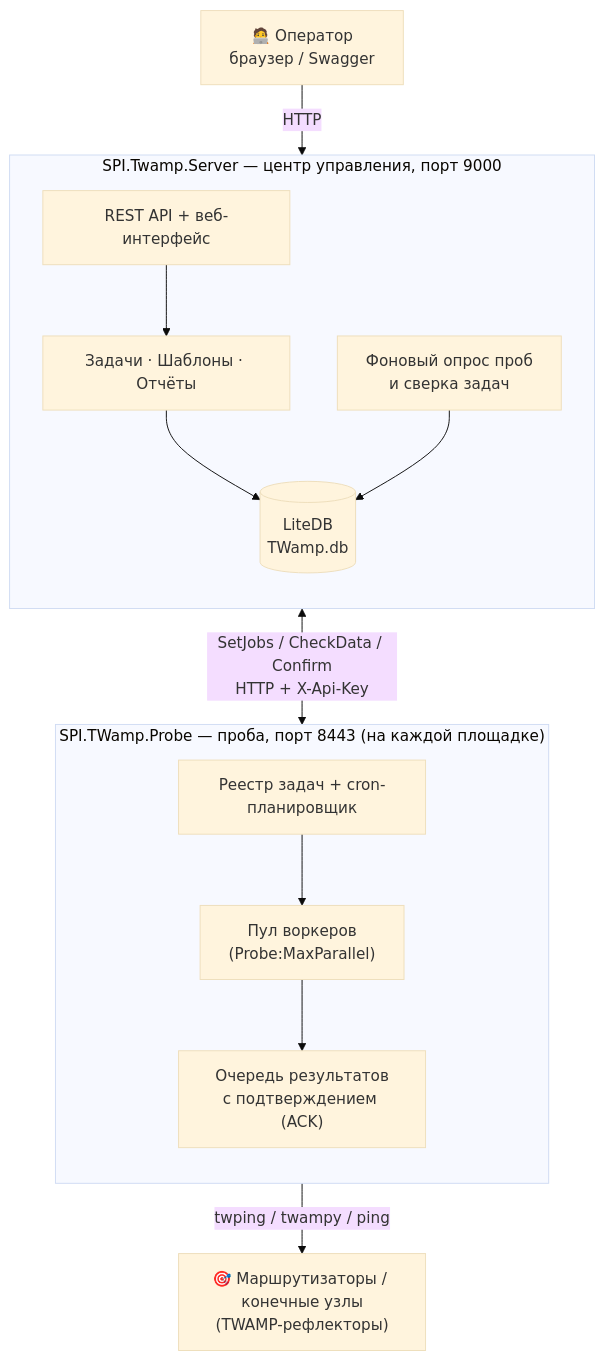
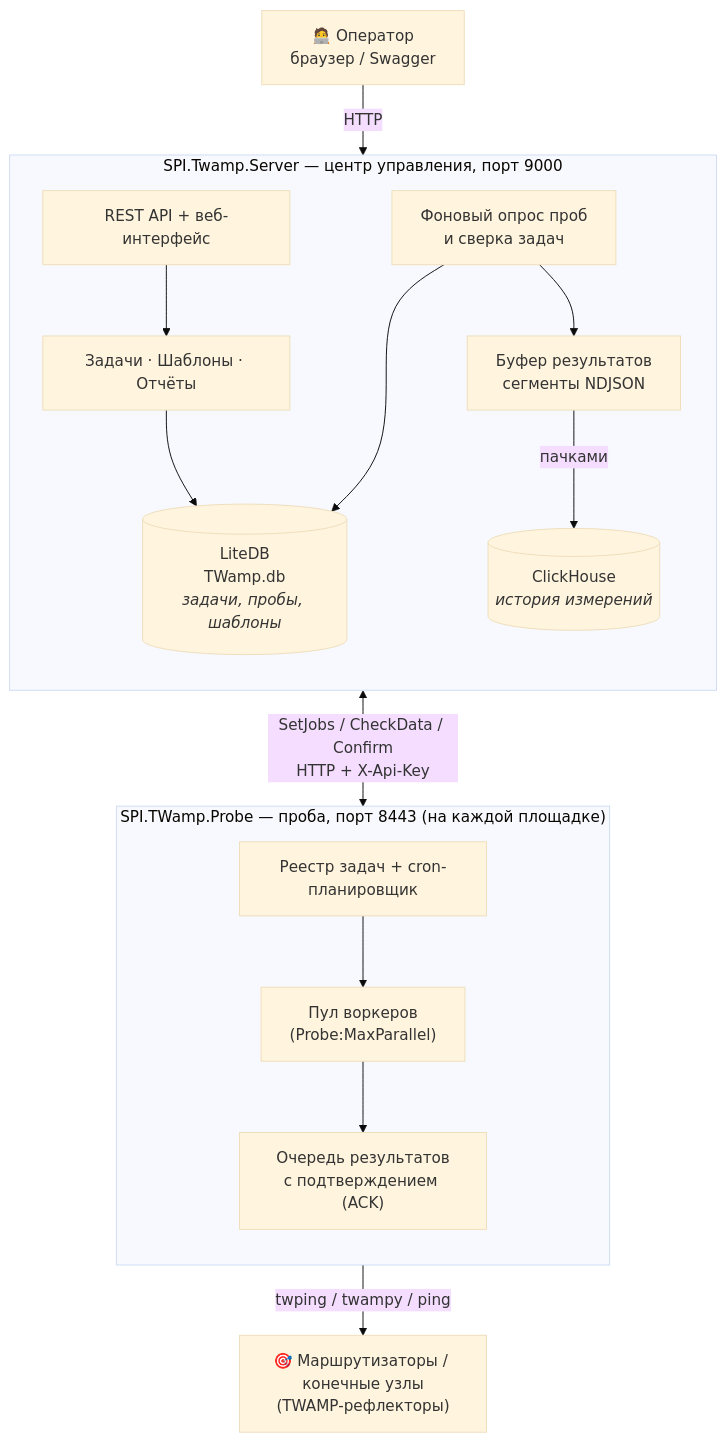
The first of 11 diagrams in docs/architecture.md (akprof2000/twamp-probe), drawn with Mermaid (base theme) before and after one commit. The commit also changed other lines of this file and 31 other files, not shown here.

First line of the commit message:
Версия 1.3.0 — перенос измерений в ClickHouse

````diff
--- a/docs/architecture.md
+++ b/docs/architecture.md
@@ -9,28 +9,31 @@
 ```mermaid
 flowchart TB
     operator["🧑‍💻 Оператор<br/>браузер / Swagger"]
 
     subgraph server["SPI.Twamp.Server — центр управления, порт 9000"]
         direction TB
         api["REST API + веб-интерфейс"]
         logic["Задачи · Шаблоны · Отчёты"]
-        db[("LiteDB<br/>TWamp.db")]
+        db[("LiteDB<br/>TWamp.db<br/><i>задачи, пробы, шаблоны</i>")]
+        spool["Буфер результатов<br/>сегменты NDJSON"]
         poller["Фоновый опрос проб<br/>и сверка задач"]
         api --> logic --> db
         poller --> db
+        poller --> spool
+        spool -->|"пачками"| ch[("ClickHouse<br/><i>история измерений</i>")]
     end
 
     subgraph probeN["SPI.TWamp.Probe — проба, порт 8443 (на каждой площадке)"]
         direction TB
         worker["Реестр задач + cron-планировщик"]
         pool["Пул воркеров<br/>(Probe:MaxParallel)"]
         queue["Очередь результатов<br/>с подтверждением (ACK)"]
         worker --> pool --> queue
     end
 
     targets["🎯 Маршрутизаторы / конечные узлы<br/>(TWAMP-рефлекторы)"]
 
     operator -- "HTTP" --> api
     poller <-->|"SetJobs / CheckData / Confirm<br/>HTTP + X-Api-Key"| probeN
     pool -- "twping / twampy / ping" --> targets
 ```
````
